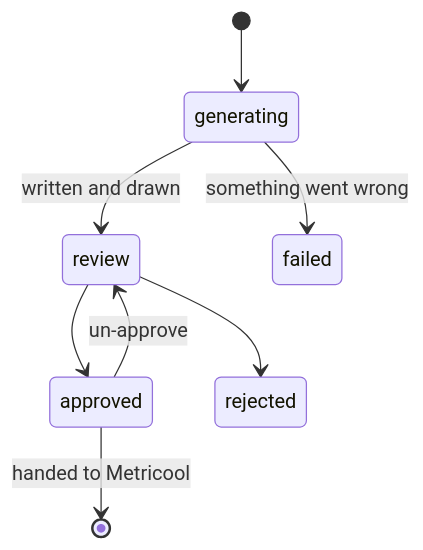
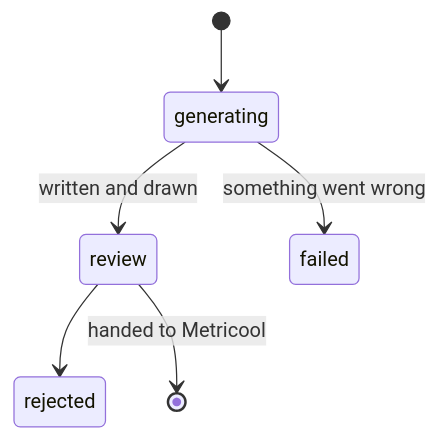
One commit to nauqh/fb-agent changed the third of 4 diagrams in README.md. Above: the diagram before and after it, drawn with Mermaid. The commit also changed other lines of this file and 8 other files, not shown here.

````diff
--- a/README.md
+++ b/README.md
@@ -175,10 +179,8 @@
 ```mermaid
 stateDiagram-v2
     [*] --> generating
     generating --> review: written and drawn
     generating --> failed: something went wrong
-    review --> approved
-    approved --> review: un-approve
     review --> rejected
-    approved --> [*]: handed to Metricool
+    review --> [*]: handed to Metricool
 ```
````
